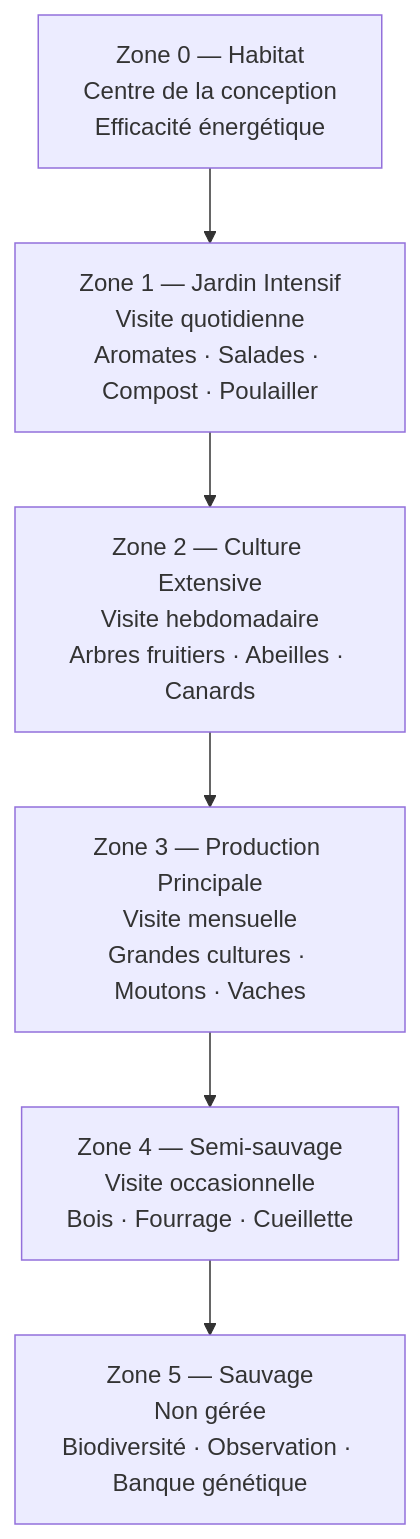
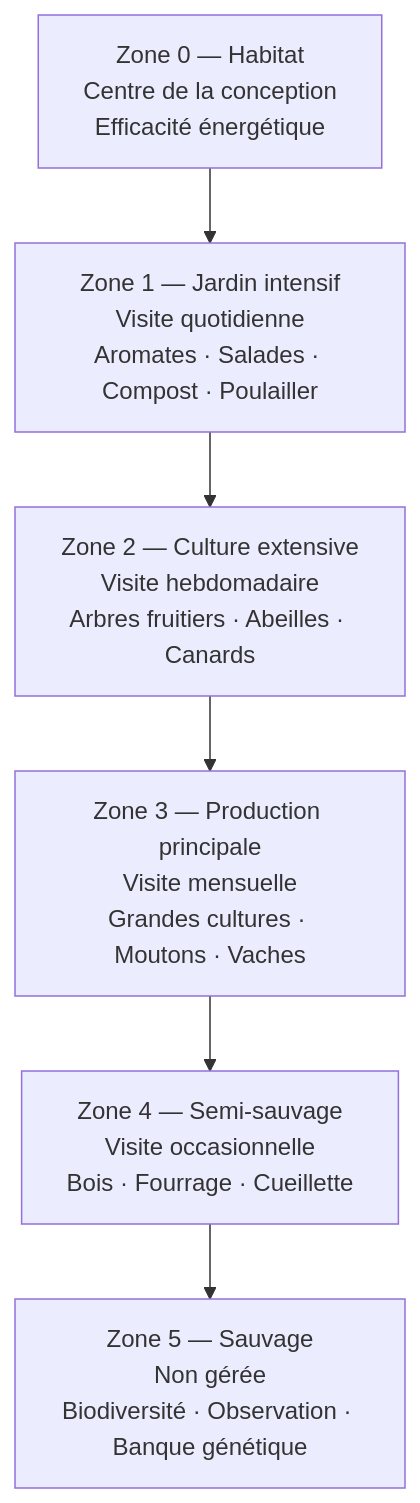
The first of 3 diagrams in Applied Sciences/Agriculture/Permaculture.md (rwmicro/pensine), drawn with Mermaid before and after one commit. The commit also changed other lines of this file and 105 other files, not shown here.

````diff
--- a/Applied Sciences/Agriculture/Permaculture.md
+++ b/Applied Sciences/Agriculture/Permaculture.md
@@ -40,11 +59,11 @@
 ```mermaid
 graph TD
-    Z0["Zone 0 — Habitat\nCentre de la conception\nEfficacité énergétique"]
-    Z1["Zone 1 — Jardin Intensif\nVisite quotidienne\nAromates · Salades · Compost · Poulailler"]
-    Z2["Zone 2 — Culture Extensive\nVisite hebdomadaire\nArbres fruitiers · Abeilles · Canards"]
-    Z3["Zone 3 — Production Principale\nVisite mensuelle\nGrandes cultures · Moutons · Vaches"]
-    Z4["Zone 4 — Semi-sauvage\nVisite occasionnelle\nBois · Fourrage · Cueillette"]
-    Z5["Zone 5 — Sauvage\nNon gérée\nBiodiversité · Observation · Banque génétique"]
+    Z0["Zone 0 — Habitat<br/>Centre de la conception<br/>Efficacité énergétique"]
+    Z1["Zone 1 — Jardin intensif<br/>Visite quotidienne<br/>Aromates · Salades · Compost · Poulailler"]
+    Z2["Zone 2 — Culture extensive<br/>Visite hebdomadaire<br/>Arbres fruitiers · Abeilles · Canards"]
+    Z3["Zone 3 — Production principale<br/>Visite mensuelle<br/>Grandes cultures · Moutons · Vaches"]
+    Z4["Zone 4 — Semi-sauvage<br/>Visite occasionnelle<br/>Bois · Fourrage · Cueillette"]
+    Z5["Zone 5 — Sauvage<br/>Non gérée<br/>Biodiversité · Observation · Banque génétique"]
 
     Z0 --> Z1 --> Z2 --> Z3 --> Z4 --> Z5
 ```
````
